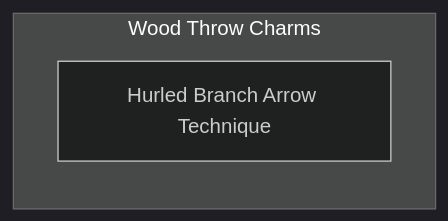
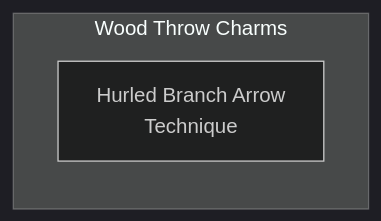
Before and after one commit to jrobichaud/exalted-charms-1e: the diagram in docs/mermaid/dragon_blooded/air_thrown_1.mmd, drawn with Mermaid. The commit also changed 11 other files, not shown here.

```diff
--- a/docs/mermaid/dragon_blooded/air_thrown_1.mmd
+++ b/docs/mermaid/dragon_blooded/air_thrown_1.mmd
@@ -1,46 +1,46 @@
 ---
 config:
   theme: dark
 ---
 flowchart TD
 
     %% described in Storyteller's Companion
     subgraph wood_throw[Wood Throw Charms]
         direction TB
 
-        hurled_branch_arrow_technique[Hurled Branch Arrow Technique]
+        hurled_branch_arrow_technique[Hurled Branch Arrow<br>Technique]
         click hurled_branch_arrow_technique callback "
             Hurled Branch Arrow Technique<br>
             <br>
             Cost: 2 motes<br>
             Duration: Instant<br>
             Type: Simple<br>
             Minimum Thrown: 2<br>
             Minimum Essence: 1<br>
             Prerequisite Charms: None<br>
             <br>
             Through this Charm, a Dragon-Blooded character
             charges any convenient stick or scrap of wood with Essence.
             When he then throws the Essence-charged wood, it
             flies through the air as smoothly as an arrow from a bow —
             and does as much damage. The character rolls Dexterity +
             Thrown, and the improvised missile inflicts damage based
             on its shape — most are point, fowling or frog crotch. The
             weapon has the same range increment as a compound bow.<br>
             Cascade Charms:<br>
             • When the character achieves greater throwing skill,
             she could improve the range or damage of the arrow.
             Alternatively, she might Combo the Charm with Archery-based
             Charms.<br>
             • A character with a higher Essence rating might gain
             the ability to harm spirits with this Charm, or multiply the
             improvised missile's effect in various ways. (See the Archery
             and Thrown Charms for Solars in Exalted for
             inspiration, but tone down their effect and increase the
             Essence costs for Dragon-Blooded characters.)<br>
             • For a variation, a character might have a Charm
             enabling her to use any convenient scrap of wood as a
             melee weapon.
             "
 
     end
```
